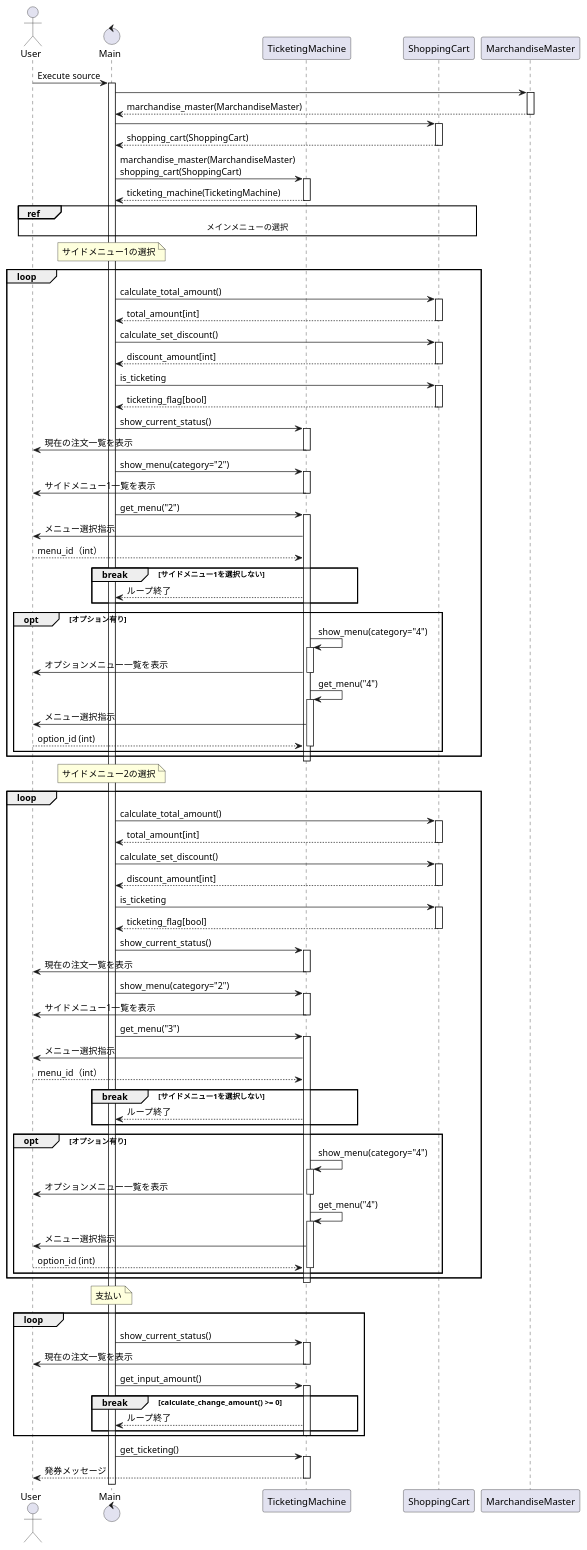
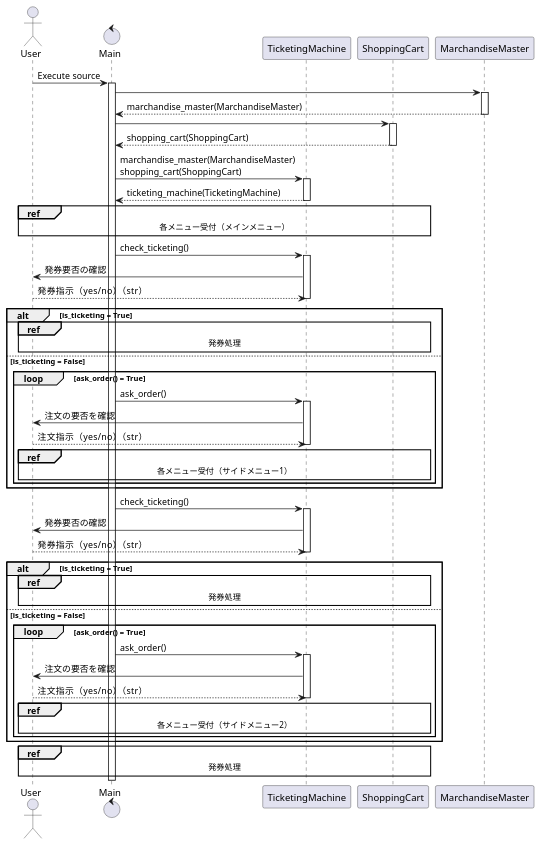
One commit to Design-Practice-Team/design changed the fourth of 6 diagrams in AP_H31_Spring_PM03/Suzuki/try1/ticket_machine.md. Above: the diagram before and after it, drawn with PlantUML. The commit also changed other lines of this file and 3 other files, not shown here.

````diff
--- a/AP_H31_Spring_PM03/Suzuki/try1/ticket_machine.md
+++ b/AP_H31_Spring_PM03/Suzuki/try1/ticket_machine.md
@@ -129,138 +173,61 @@
 
 
 ' メインメニューの選択
+ref over User, Main, TicketingMachine, ShoppingCart
+    各メニュー受付（メインメニュー）
+end ref
+
+Main -> TicketingMachine : check_ticketing()
+activate TicketingMachine
+TicketingMachine -> User : 発券要否の確認
+User --> TicketingMachine : 発券指示（yes/no）（str）
+deactivate TicketingMachine
+
+alt is_ticketing = True
+    ref over User, Main, TicketingMachine, ShoppingCart
+        発券処理
+    end ref
+else is_ticketing = False
+    ' サイドメニュー1の選択
+    loop ask_order() = True
+        Main -> TicketingMachine : ask_order()
+        activate TicketingMachine
+        TicketingMachine -> User : 注文の要否を確認
+        User --> TicketingMachine : 注文指示（yes/no）（str）
+        deactivate TicketingMachine
+        ref over User, Main, TicketingMachine, ShoppingCart
+            各メニュー受付（サイドメニュー1）
+        end ref
+    end 
+end
+
+Main -> TicketingMachine : check_ticketing()
+activate TicketingMachine
+TicketingMachine -> User : 発券要否の確認
+User --> TicketingMachine : 発券指示（yes/no）（str）
+deactivate TicketingMachine
+
+alt is_ticketing = True
+    ref over User, Main, TicketingMachine, ShoppingCart
+        発券処理
+    end ref
+else is_ticketing = False
+    ' サイドメニュー2の選択
+    loop ask_order() = True
+        Main -> TicketingMachine : ask_order()
+        activate TicketingMachine
+        TicketingMachine -> User : 注文の要否を確認
+        User --> TicketingMachine : 注文指示（yes/no）（str）
+        deactivate TicketingMachine
+        ref over User, Main, TicketingMachine, ShoppingCart
+            各メニュー受付（サイドメニュー2）
+        end ref
+    end 
+end
 
 ref over User, Main, TicketingMachine, ShoppingCart
-    メインメニューの選択
+    発券処理
 end ref
-
-
-' サイドメニュー1の選択
-note over Main : サイドメニュー1の選択
-loop 
-    Main -> ShoppingCart : calculate_total_amount()
-    activate ShoppingCart
-    ShoppingCart --> Main : total_amount[int]
-    deactivate ShoppingCart
-
-    Main -> ShoppingCart : calculate_set_discount()
-    activate ShoppingCart
-    ShoppingCart --> Main : discount_amount[int]
-    deactivate ShoppingCart
-
-    Main -> ShoppingCart : is_ticketing
-    activate ShoppingCart
-    ShoppingCart --> Main : ticketing_flag[bool]
-    deactivate ShoppingCart
-
-    Main -> TicketingMachine : show_current_status()
-    activate TicketingMachine
-    TicketingMachine -> User : 現在の注文一覧を表示
-    deactivate TicketingMachine
-
-    Main -> TicketingMachine : show_menu(category="2")
-    activate TicketingMachine
-    TicketingMachine -> User : サイドメニュー1一覧を表示
-    deactivate TicketingMachine
-
-    Main -> TicketingMachine : get_menu("2")
-    activate TicketingMachine
-    TicketingMachine -> User : メニュー選択指示
-    User --> TicketingMachine : menu_id（int）
-
-    break サイドメニュー1を選択しない
-        TicketingMachine --> Main : ループ終了
-    end
-    
-    opt オプション有り
-        TicketingMachine -> TicketingMachine : show_menu(category="4")
-        activate TicketingMachine
-        TicketingMachine -> User : オプションメニュー一覧を表示
-        deactivate TicketingMachine
-
-        TicketingMachine -> TicketingMachine : get_menu("4")
-        activate TicketingMachine
-        TicketingMachine -> User : メニュー選択指示
-        User --> TicketingMachine : option_id (int)
-        deactivate TicketingMachine
-    end
-end
-
-deactivate TicketingMachine
-
-' サイドメニュー2の選択
-note over Main : サイドメニュー2の選択
-loop 
-    Main -> ShoppingCart : calculate_total_amount()
-    activate ShoppingCart
-    ShoppingCart --> Main : total_amount[int]
-    deactivate ShoppingCart
-
-    Main -> ShoppingCart : calculate_set_discount()
-    activate ShoppingCart
-    ShoppingCart --> Main : discount_amount[int]
-    deactivate ShoppingCart
-
-    Main -> ShoppingCart : is_ticketing
-    activate ShoppingCart
-    ShoppingCart --> Main : ticketing_flag[bool]
-    deactivate ShoppingCart
-
-    Main -> TicketingMachine : show_current_status()
-    activate TicketingMachine
-    TicketingMachine -> User : 現在の注文一覧を表示
-    deactivate TicketingMachine
-
-    Main -> TicketingMachine : show_menu(category="2")
-    activate TicketingMachine
-    TicketingMachine -> User : サイドメニュー1一覧を表示
-    deactivate TicketingMachine
-
-    Main -> TicketingMachine : get_menu("3")
-    activate TicketingMachine
-    TicketingMachine -> User : メニュー選択指示
-    User --> TicketingMachine : menu_id（int）
-
-    break サイドメニュー1を選択しない
-        TicketingMachine --> Main : ループ終了
-    end
-
-    opt オプション有り
-        TicketingMachine -> TicketingMachine : show_menu(category="4")
-        activate TicketingMachine
-        TicketingMachine -> User : オプションメニュー一覧を表示
-        deactivate TicketingMachine
-
-        TicketingMachine -> TicketingMachine : get_menu("4")
-        activate TicketingMachine
-        TicketingMachine -> User : メニュー選択指示
-        User --> TicketingMachine : option_id (int)
-        deactivate TicketingMachine
-    end
-end
-
-deactivate TicketingMachine
-
-' 支払い
-note over Main : 支払い
-loop
-    Main -> TicketingMachine : show_current_status()
-    activate TicketingMachine
-    TicketingMachine -> User : 現在の注文一覧を表示
-    deactivate TicketingMachine
-
-    Main -> TicketingMachine : get_input_amount()
-    activate TicketingMachine
-    break calculate_change_amount() >= 0
-        TicketingMachine --> Main : ループ終了
-    end
-    deactivate TicketingMachine
-end
-
-    Main -> TicketingMachine : get_ticketing()
-    activate TicketingMachine
-    TicketingMachine --> User : 発券メッセージ
-    deactivate TicketingMachine
 
 @enduml
 ```
````
